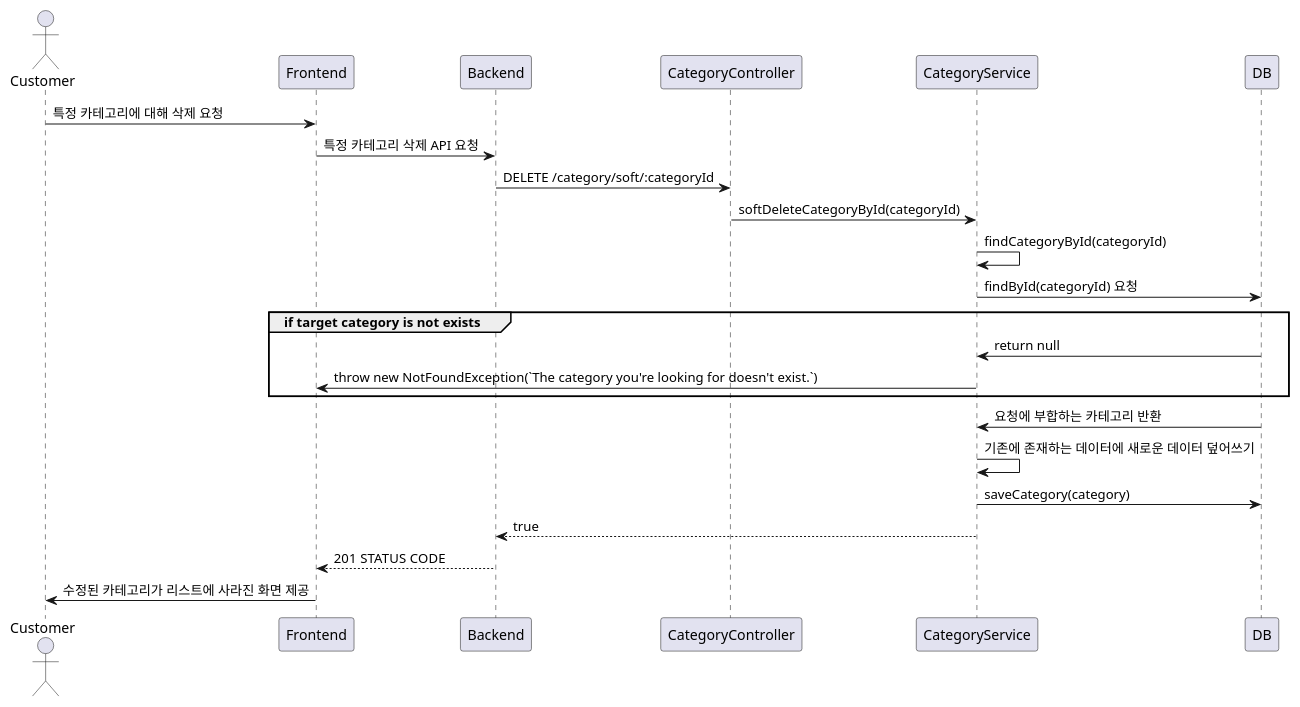
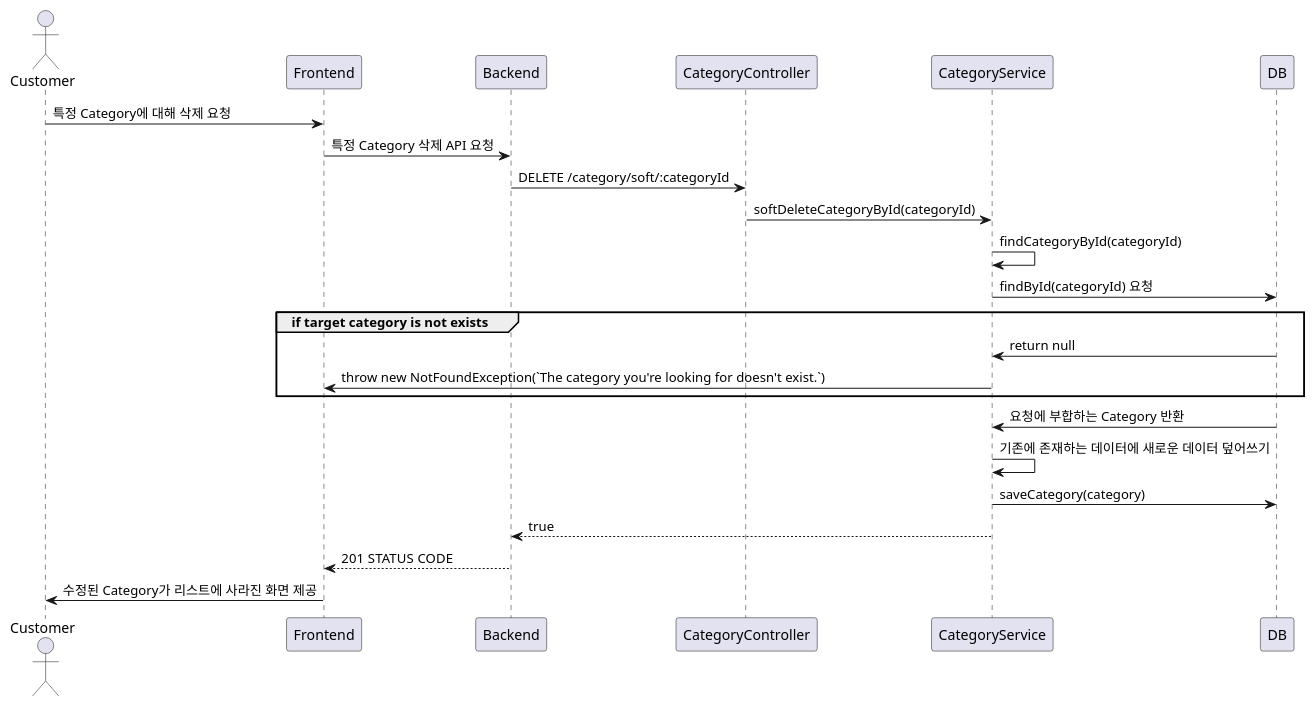
The diagram in server/docs/category/category.delete.md (VVSOGI/todolist-remake), drawn with PlantUML before and after one commit. The commit also changed other lines of this file and 3 other files, not shown here.

````diff
--- a/server/docs/category/category.delete.md
+++ b/server/docs/category/category.delete.md
@@ -26,21 +26,21 @@
 ```plantuml
 @startuml
 actor Customer
-Customer -> Frontend: 특정 카테고리에 대해 삭제 요청
-    Frontend -> Backend: 특정 카테고리 삭제 API 요청
+Customer -> Frontend: 특정 Category에 대해 삭제 요청
+    Frontend -> Backend: 특정 Category 삭제 API 요청
         Backend -> CategoryController: DELETE /category/soft/:categoryId
             CategoryController -> CategoryService: softDeleteCategoryById(categoryId)
                 CategoryService -> CategoryService: findCategoryById(categoryId)
                 CategoryService -> DB: findById(categoryId) 요청
                 group if target category is not exists
                     DB -> CategoryService: return null
                     CategoryService -> Frontend: throw new NotFoundException(`The category you're looking for doesn't exist.`)
                 end
-                DB -> CategoryService: 요청에 부합하는 카테고리 반환
+                DB -> CategoryService: 요청에 부합하는 Category 반환
                 CategoryService -> CategoryService: 기존에 존재하는 데이터에 새로운 데이터 덮어쓰기
                 CategoryService -> DB: saveCategory(category)
             Backend <-- CategoryService: true
     Frontend <-- Backend: 201 STATUS CODE
-Customer <- Frontend: 수정된 카테고리가 리스트에 사라진 화면 제공
+Customer <- Frontend: 수정된 Category가 리스트에 사라진 화면 제공
 @enduml
 ```
````
